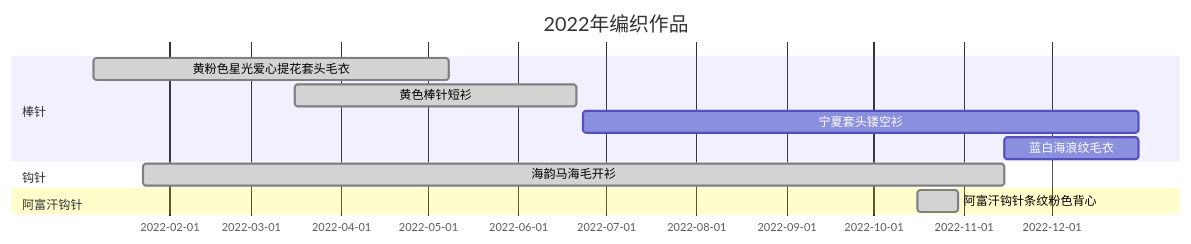
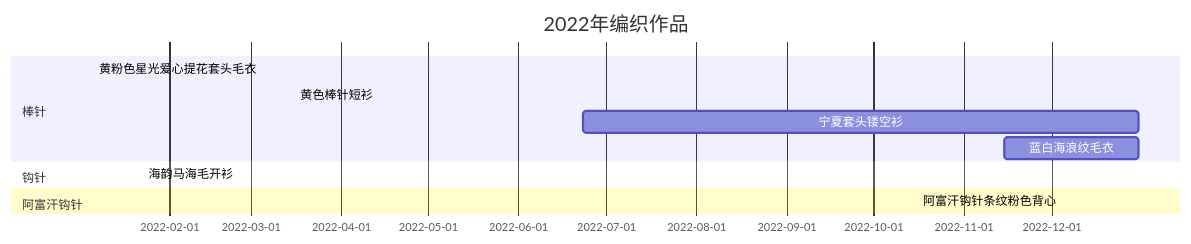
One commit to JiYouMCC/JiYouMCC.github.io changed the diagram in _posts/2019-01-29-86.markdown. Above: the diagram before and after it, drawn with Mermaid.

````diff
--- a/_posts/2019-01-29-86.markdown
+++ b/_posts/2019-01-29-86.markdown
@@ -18,14 +18,13 @@
 ```mermaid
 gantt
-    dateFormat  YYYY-MM-DD
     title 2022年编织作品    
     section 棒针
     黄粉色星光爱心提花套头毛衣   :done,   2022-01-06, 2022-05-08
     黄色棒针短衫                :done,   2022-03-16, 2022-06-21
     宁夏套头镂空衫              :active  2022-06-23,191d
     蓝白海浪纹毛衣              :active  2022-11-15, 46d 
     section 钩针
     海韵马海毛开衫              :done,  2022-01-23, 2022-11-15 
     section 阿富汗钩针
     阿富汗钩针条纹粉色背心       :done,  2022-10-16, 2022-10-30  
 ```
````
